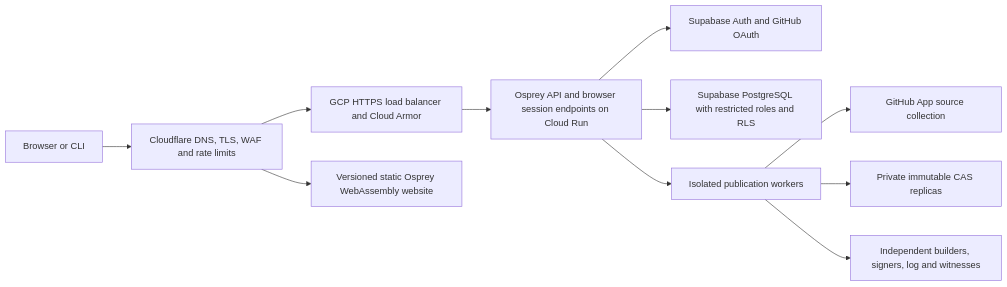
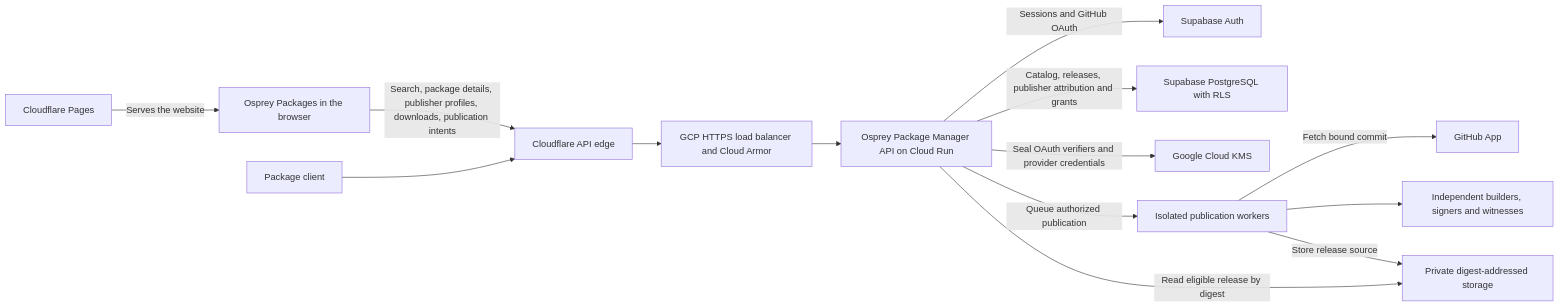
The diagram in docs/specs/ecosystem/0044-PackageRegistryDeploymentAndOwnership.md (Nimblesite/osprey), drawn with Mermaid before and after one commit. The commit also changed other lines of this file and 986 other files, not shown here.

First line of the commit message:
Stabilization: package manager hosted auth, #402 positions, #232 gates, CI flake fixes (#436)

````diff
--- a/docs/specs/ecosystem/0044-PackageRegistryDeploymentAndOwnership.md
+++ b/docs/specs/ecosystem/0044-PackageRegistryDeploymentAndOwnership.md
@@ -15,13 +15,16 @@
 ```mermaid
 flowchart LR
-    U[Browser or CLI] --> CF[Cloudflare DNS, TLS, WAF and rate limits]
-    CF --> LB[GCP HTTPS load balancer and Cloud Armor]
-    LB --> API[Osprey API and browser session endpoints on Cloud Run]
-    CF --> WEB[Versioned static Osprey WebAssembly website]
-    API --> AUTH[Supabase Auth and GitHub OAuth]
-    API --> DB[Supabase PostgreSQL with restricted roles and RLS]
-    API --> JOB[Isolated publication workers]
-    JOB --> GH[GitHub App source collection]
-    JOB --> CAS[Private immutable CAS replicas]
-    JOB --> TRUST[Independent builders, signers, log and witnesses]
+    Pages["Cloudflare Pages"] -->|Serves the website| Web["Osprey Packages in the browser"]
+    Web -->|Search, package details, publisher profiles, downloads, publication intents| Edge["Cloudflare API edge"]
+    CLI["Package client"] --> Edge
+    Edge --> LB["GCP HTTPS load balancer and Cloud Armor"]
+    LB --> API["Osprey Package Manager API on Cloud Run"]
+    API -->|Sessions and GitHub OAuth| Auth["Supabase Auth"]
+    API -->|Catalog, releases, publisher attribution and grants| DB["Supabase PostgreSQL with RLS"]
+    API -->|Seal OAuth verifiers and provider credentials| KMS["Google Cloud KMS"]
+    API -->|Queue authorized publication| Worker["Isolated publication workers"]
+    Worker -->|Fetch bound commit| GitHub["GitHub App"]
+    Worker --> Verify["Independent builders, signers and witnesses"]
+    Worker -->|Store release source| CAS["Private digest-addressed storage"]
+    API -->|Read eligible release by digest| CAS
 ```
````
